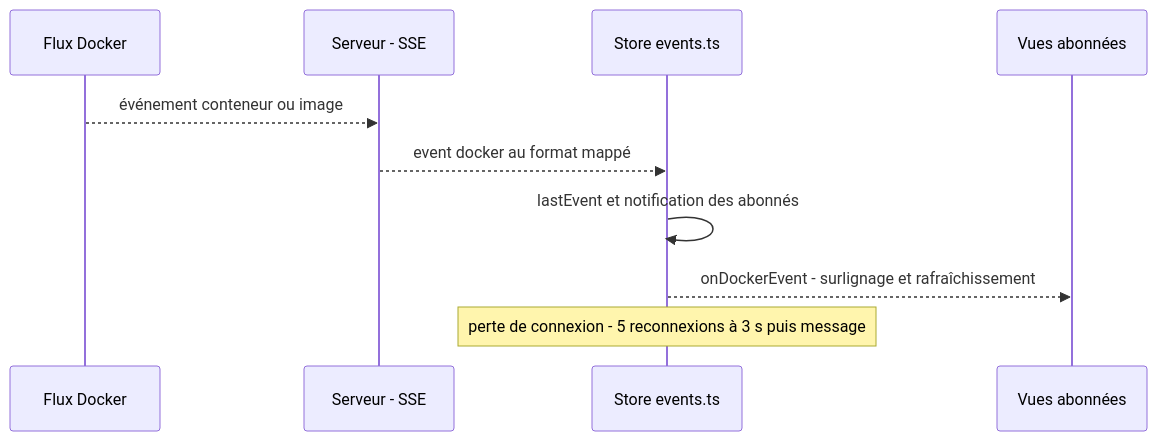
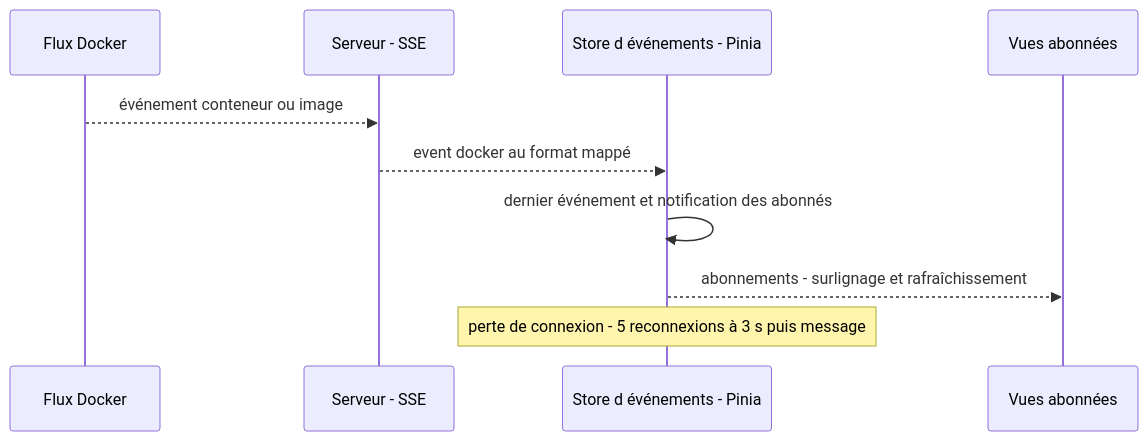
One commit to stefapi/windflow changed the third of 4 diagrams in docs/spec_dockhand_reference/13-observabilite.md. Above: the diagram before and after it, drawn with Mermaid. The commit also changed other lines of this file and 15 other files, not shown here.

````diff
--- a/docs/spec_dockhand_reference/13-observabilite.md
+++ b/docs/spec_dockhand_reference/13-observabilite.md
@@ -289,13 +280,13 @@
 ```mermaid
 sequenceDiagram
     participant F as Flux Docker
     participant S as Serveur - SSE
-    participant ST as Store events.ts
+    participant ST as Store d événements - Pinia
     participant V as Vues abonnées
 
     F-->>S: événement conteneur ou image
     S-->>ST: event docker au format mappé
-    ST->>ST: lastEvent et notification des abonnés
-    ST-->>V: onDockerEvent - surlignage et rafraîchissement
+    ST->>ST: dernier événement et notification des abonnés
+    ST-->>V: abonnements - surlignage et rafraîchissement
     Note over ST: perte de connexion - 5 reconnexions à 3 s puis message
 ```
````
